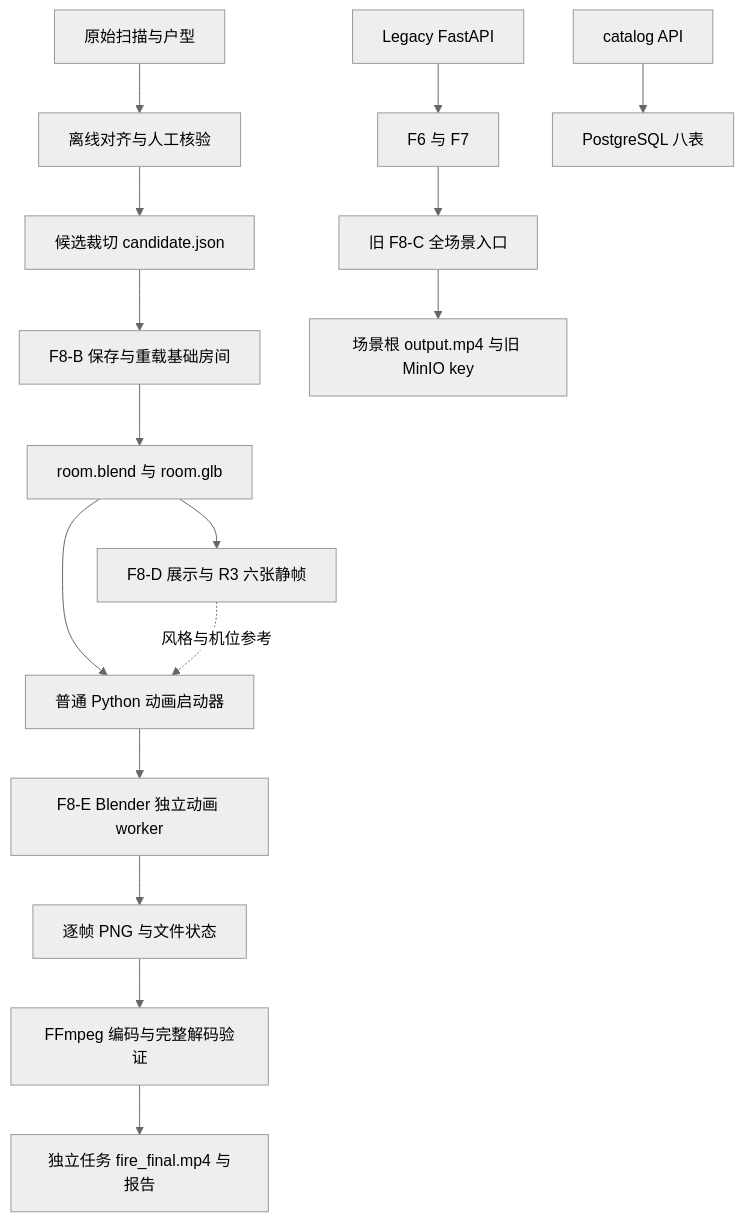
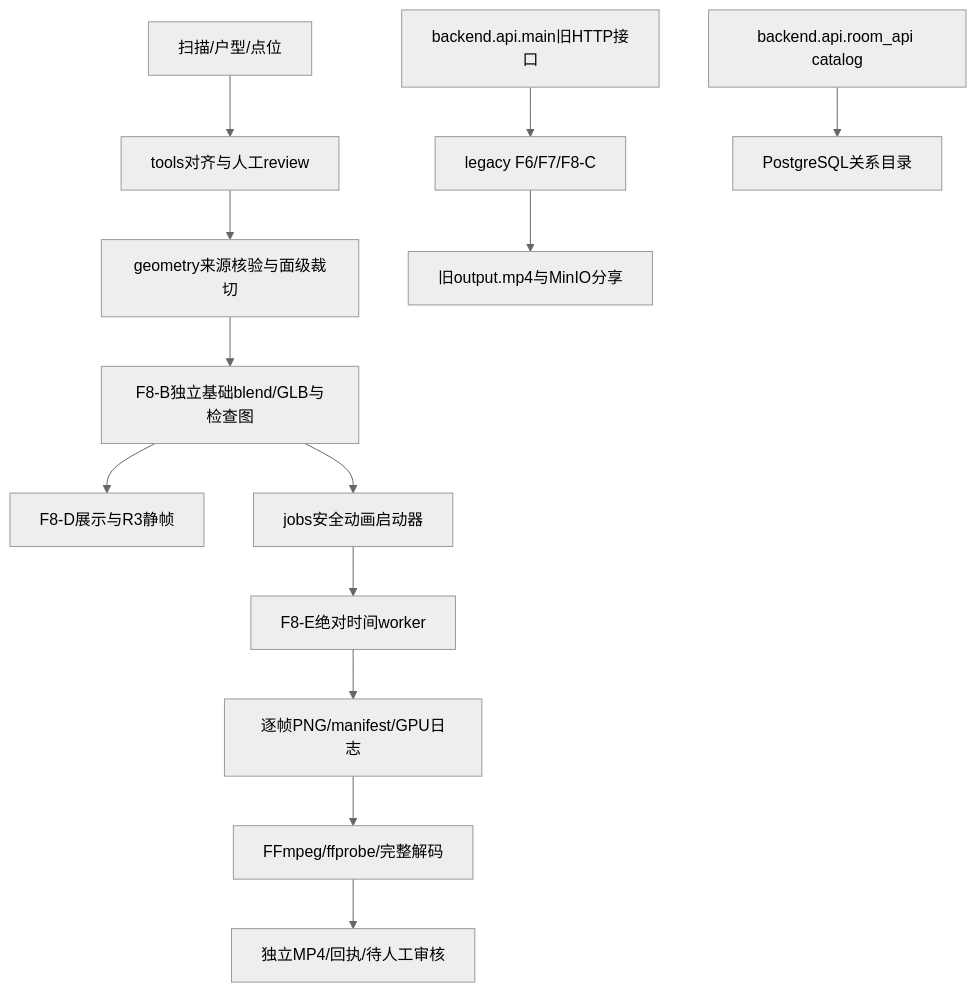
One commit to jiayi0329/burnroomvideo_byblender changed the diagram in docs/ARCHITECTURE.md. Above: the diagram before and after it, drawn with Mermaid (neutral theme). The commit also changed other lines of this file and 42 other files, not shown here.

````diff
--- a/docs/ARCHITECTURE.md
+++ b/docs/ARCHITECTURE.md
@@ -17,18 +13,15 @@
 ```mermaid
 flowchart TD
-    A[原始扫描与户型] --> B[离线对齐与人工核验]
-    B --> C[候选裁切 candidate.json]
-    C --> D[F8-B 保存与重载基础房间]
-    D --> E[room.blend 与 room.glb]
-    E --> F[F8-D 展示与 R3 六张静帧]
-    E --> G[普通 Python 动画启动器]
-    F -. 风格与机位参考 .-> G
-    G --> H[F8-E Blender 独立动画 worker]
-    H --> I[逐帧 PNG 与文件状态]
-    I --> J[FFmpeg 编码与完整解码验证]
-    J --> K[独立任务 fire_final.mp4 与报告]
-    L[Legacy FastAPI] --> M[F6 与 F7]
-    M --> N[旧 F8-C 全场景入口]
-    N --> O[场景根 output.mp4 与旧 MinIO key]
-    P[catalog API] --> Q[PostgreSQL 八表]
+    A[扫描/户型/点位] --> B[tools对齐与人工review]
+    B --> C[geometry来源核验与面级裁切]
+    C --> D[F8-B独立基础blend/GLB与检查图]
+    D --> E[F8-D展示与R3静帧]
+    D --> F[jobs安全动画启动器]
+    F --> G[F8-E绝对时间worker]
+    G --> H[逐帧PNG/manifest/GPU日志]
+    H --> I[FFmpeg/ffprobe/完整解码]
+    I --> J[独立MP4/回执/待人工审核]
+    K[backend.api.main旧HTTP接口] --> L[legacy F6/F7/F8-C]
+    L --> M[旧output.mp4与MinIO分享]
+    N[backend.api.room_api catalog] --> O[PostgreSQL关系目录]
 ```
````
